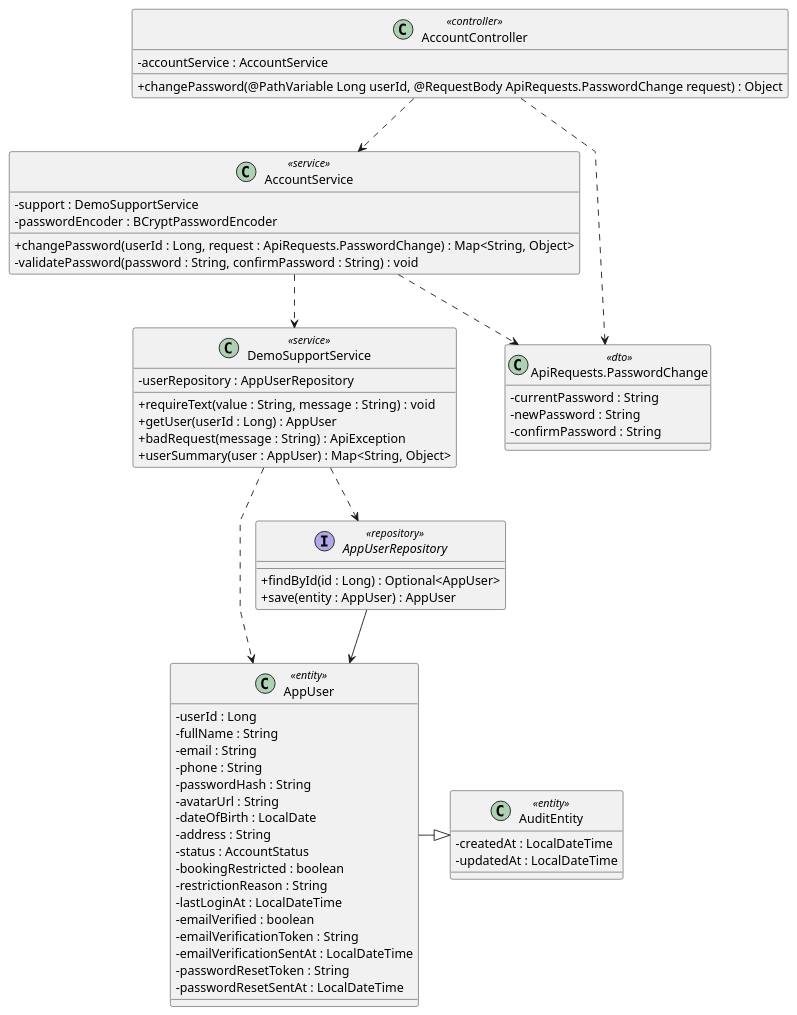
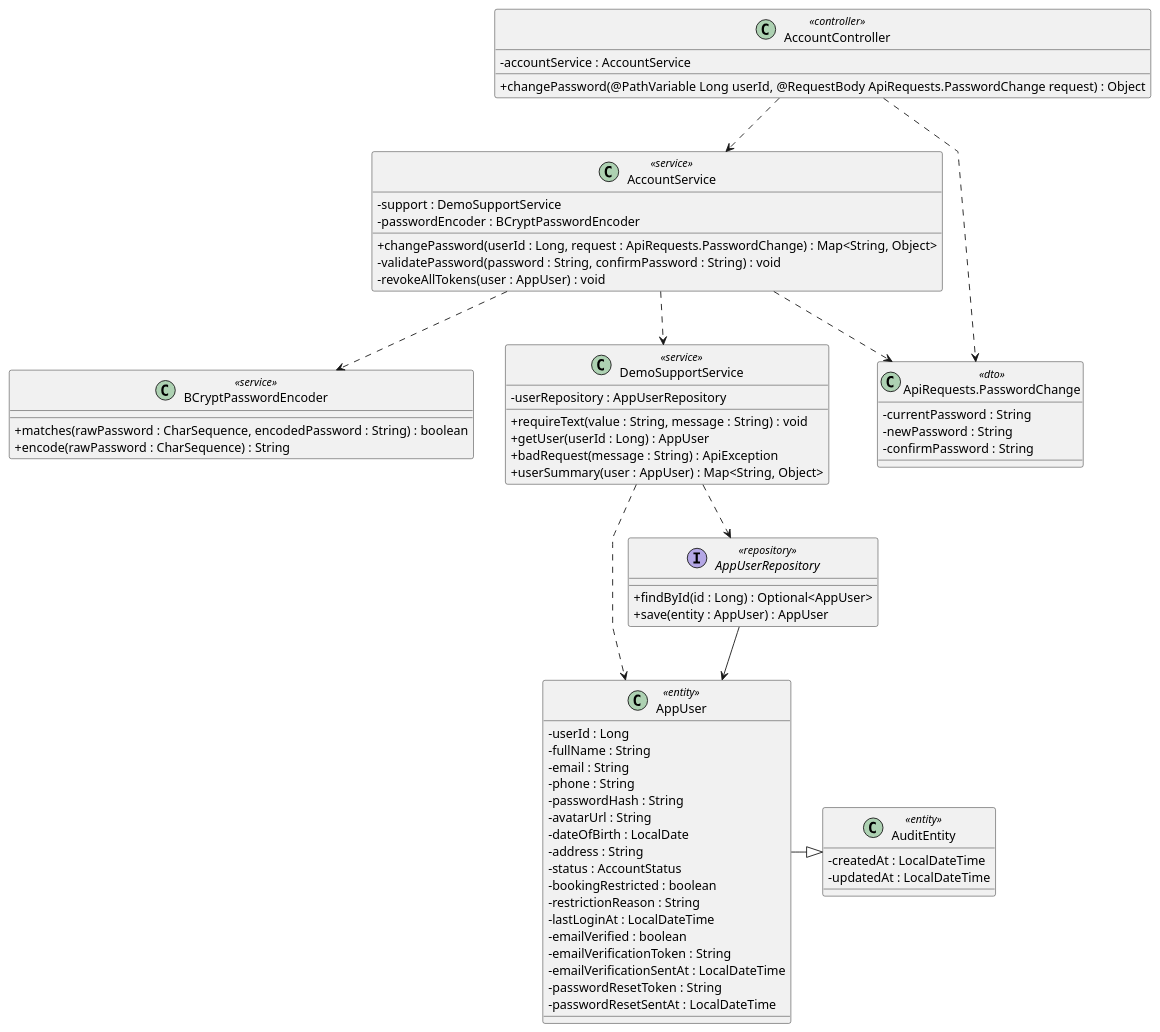
One commit to maxwell1904/SWP391_G3 changed the diagram in docs/Class Diagram/change-password.puml. Above: the diagram before and after it, drawn with PlantUML. The commit also changed 40 other files, not shown here.

Commit message:
align code-first docs and complete suggestion flow

```diff
--- a/docs/Class Diagram/change-password.puml
+++ b/docs/Class Diagram/change-password.puml
@@ -1,75 +1,82 @@
 @startuml
 
 skinparam classAttributeIconSize 0
 skinparam linetype polyline
 
 class AccountController <<controller>> {
     -accountService : AccountService
 
     +changePassword(@PathVariable Long userId, @RequestBody ApiRequests.PasswordChange request) : Object
 }
 
 class AccountService <<service>> {
     -support : DemoSupportService
     -passwordEncoder : BCryptPasswordEncoder
 
     +changePassword(userId : Long, request : ApiRequests.PasswordChange) : Map<String, Object>
     -validatePassword(password : String, confirmPassword : String) : void
+    -revokeAllTokens(user : AppUser) : void
+}
+
+class BCryptPasswordEncoder <<service>> {
+    +matches(rawPassword : CharSequence, encodedPassword : String) : boolean
+    +encode(rawPassword : CharSequence) : String
 }
 
 class DemoSupportService <<service>> {
     -userRepository : AppUserRepository
 
     +requireText(value : String, message : String) : void
     +getUser(userId : Long) : AppUser
     +badRequest(message : String) : ApiException
     +userSummary(user : AppUser) : Map<String, Object>
 }
 
 class "ApiRequests.PasswordChange" as PasswordChangeDTO <<dto>> {
     -currentPassword : String
     -newPassword : String
     -confirmPassword : String
 }
 
 interface AppUserRepository <<repository>> {
     +findById(id : Long) : Optional<AppUser>
     +save(entity : AppUser) : AppUser
 }
 
 class AuditEntity <<entity>> {
     -createdAt : LocalDateTime
     -updatedAt : LocalDateTime
 }
 
 class AppUser <<entity>> {
     -userId : Long
     -fullName : String
     -email : String
     -phone : String
     -passwordHash : String
     -avatarUrl : String
     -dateOfBirth : LocalDate
     -address : String
     -status : AccountStatus
     -bookingRestricted : boolean
     -restrictionReason : String
     -lastLoginAt : LocalDateTime
     -emailVerified : boolean
     -emailVerificationToken : String
     -emailVerificationSentAt : LocalDateTime
     -passwordResetToken : String
     -passwordResetSentAt : LocalDateTime
 }
 
 ' Relationships
 AccountController ..> AccountService
 AccountController ..> PasswordChangeDTO
 AccountService ..> PasswordChangeDTO
 AccountService ..> DemoSupportService
+AccountService ..> BCryptPasswordEncoder
 DemoSupportService ..> AppUserRepository
 DemoSupportService ..> AppUser
 AppUserRepository --> AppUser
 AppUser -|> AuditEntity
 
 @enduml
```
